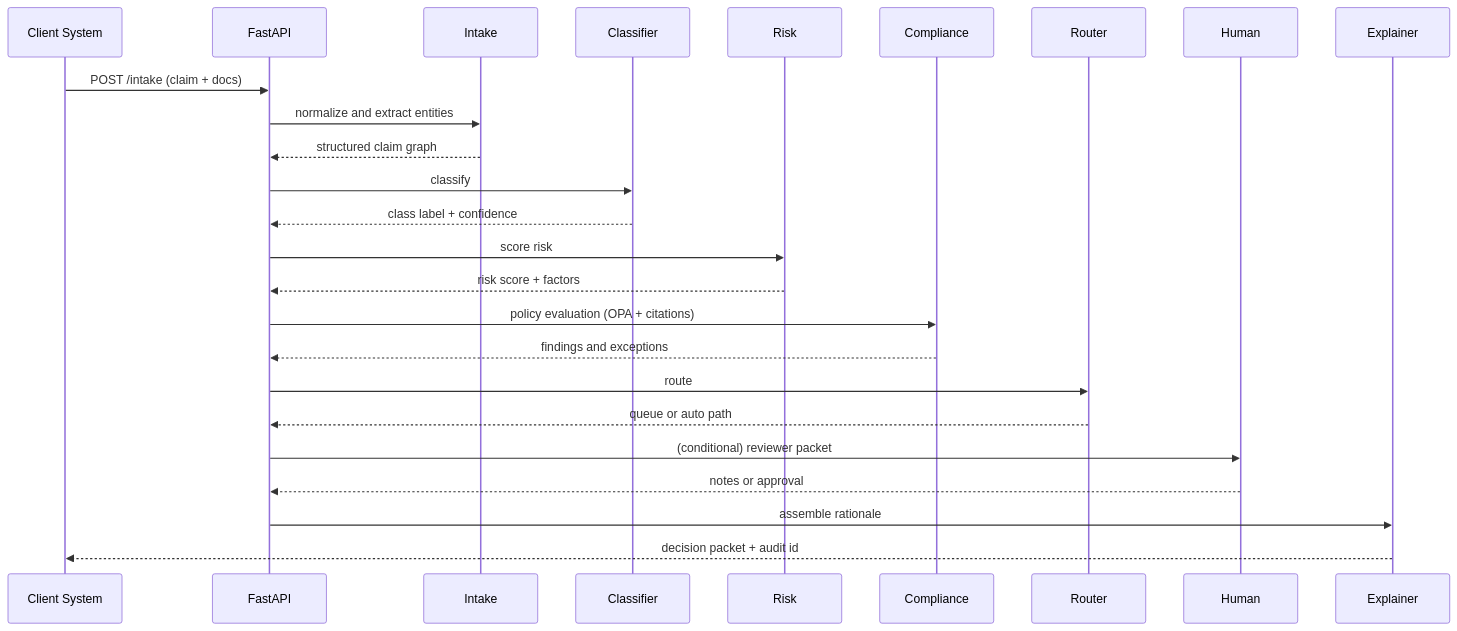
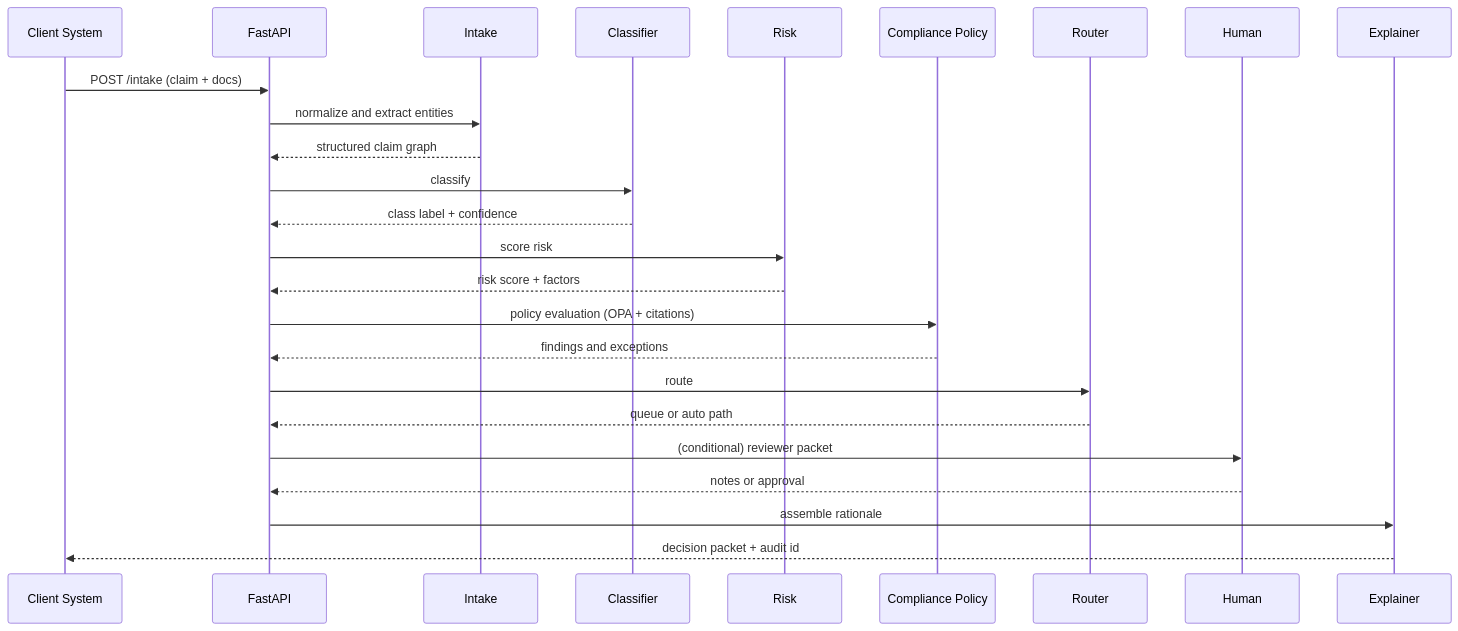
Before and after one commit to aurelius-in/agentic-portfolio: the second of 2 diagrams in docs/architecture/claims-triage-ai.md, drawn with Mermaid. The commit also changed other lines of this file, not shown here.

````diff
--- a/docs/architecture/claims-triage-ai.md
+++ b/docs/architecture/claims-triage-ai.md
@@ -71,28 +71,28 @@
 ```mermaid
 sequenceDiagram
   participant CLI as Client System
   participant API as FastAPI
   participant INT as Intake
   participant CLS as Classifier
   participant RSV as Risk
-  participant CMP as Compliance
+  participant CMP as Compliance Policy
   participant ROU as Router
   participant HUM as Human
   participant EXP as Explainer
 
   CLI->>API: POST /intake (claim + docs)
   API->>INT: normalize and extract entities
   INT-->>API: structured claim graph
   API->>CLS: classify
   CLS-->>API: class label + confidence
   API->>RSV: score risk
   RSV-->>API: risk score + factors
   API->>CMP: policy evaluation (OPA + citations)
   CMP-->>API: findings and exceptions
   API->>ROU: route
   ROU-->>API: queue or auto path
   API->>HUM: (conditional) reviewer packet
   HUM-->>API: notes or approval
   API->>EXP: assemble rationale
   EXP-->>CLI: decision packet + audit id
 ```
````
